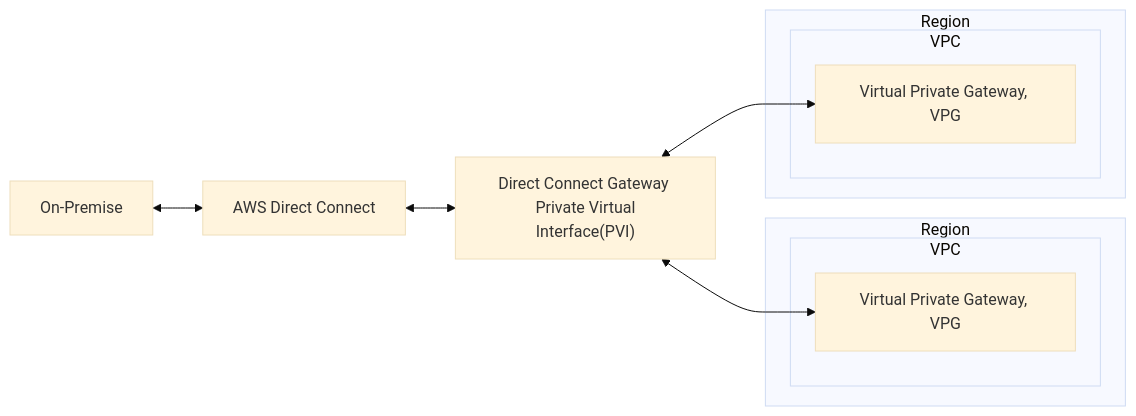
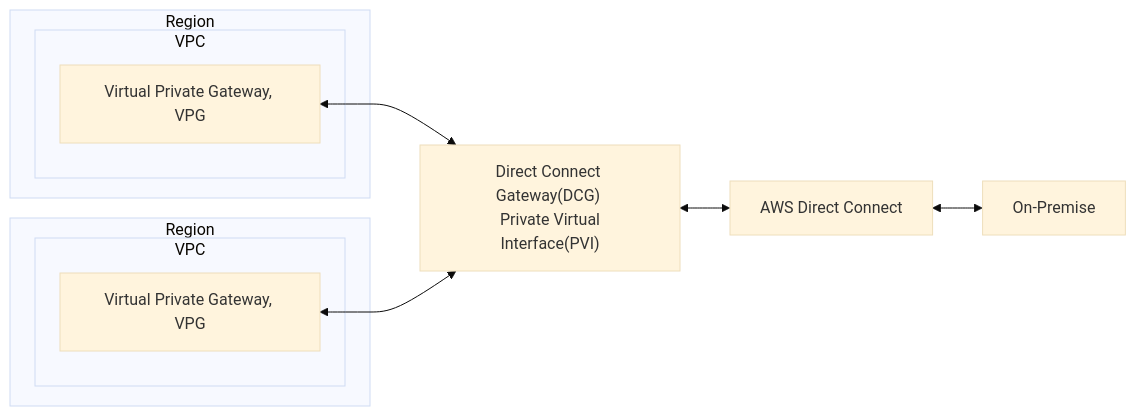
Before and after one commit to cool21540125/documentation-notes: the tenth of 13 diagrams in aws/VPC.md, drawn with Mermaid (base theme). The commit also changed other lines of this file and 7 other files, not shown here.

````diff
--- a/aws/VPC.md
+++ b/aws/VPC.md
@@ -426,22 +472,22 @@
 ```mermaid
-flowchart LR
+flowchart RL
 
 subgraph r1["Region"]
     subgraph vpc1["VPC"]
         vpg1["Virtual Private Gateway, VPG"]
     end
 end
 subgraph r2["Region"]
     subgraph vpc2["VPC"]
         vpg2["Virtual Private Gateway, VPG"]
     end
 end
 
-dcg["Direct Connect Gateway \n Private Virtual Interface(PVI)"]
+dcg["Direct Connect Gateway(DCG) \n Private Virtual Interface(PVI)"]
 adc["AWS Direct Connect"]
 
 On-Premise <--> adc;
 adc <--> dcg;
 dcg <--> vpg1;
 dcg <--> vpg2;
 ```
````
